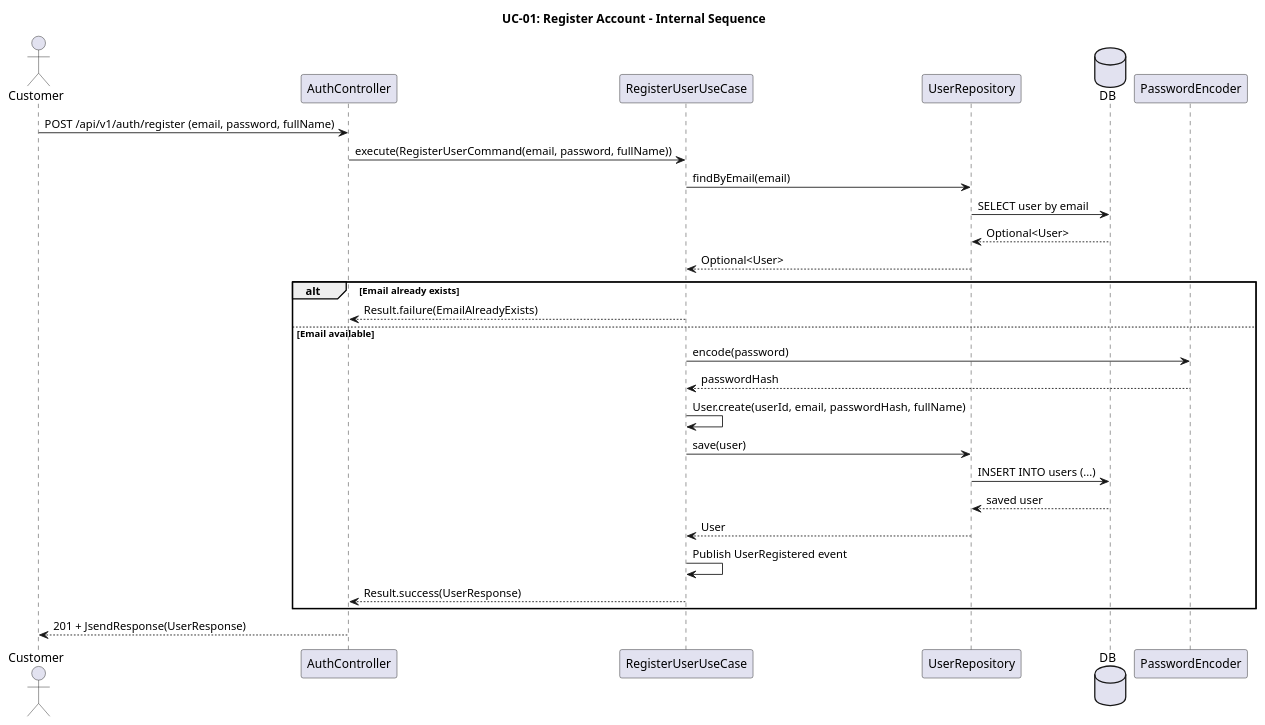
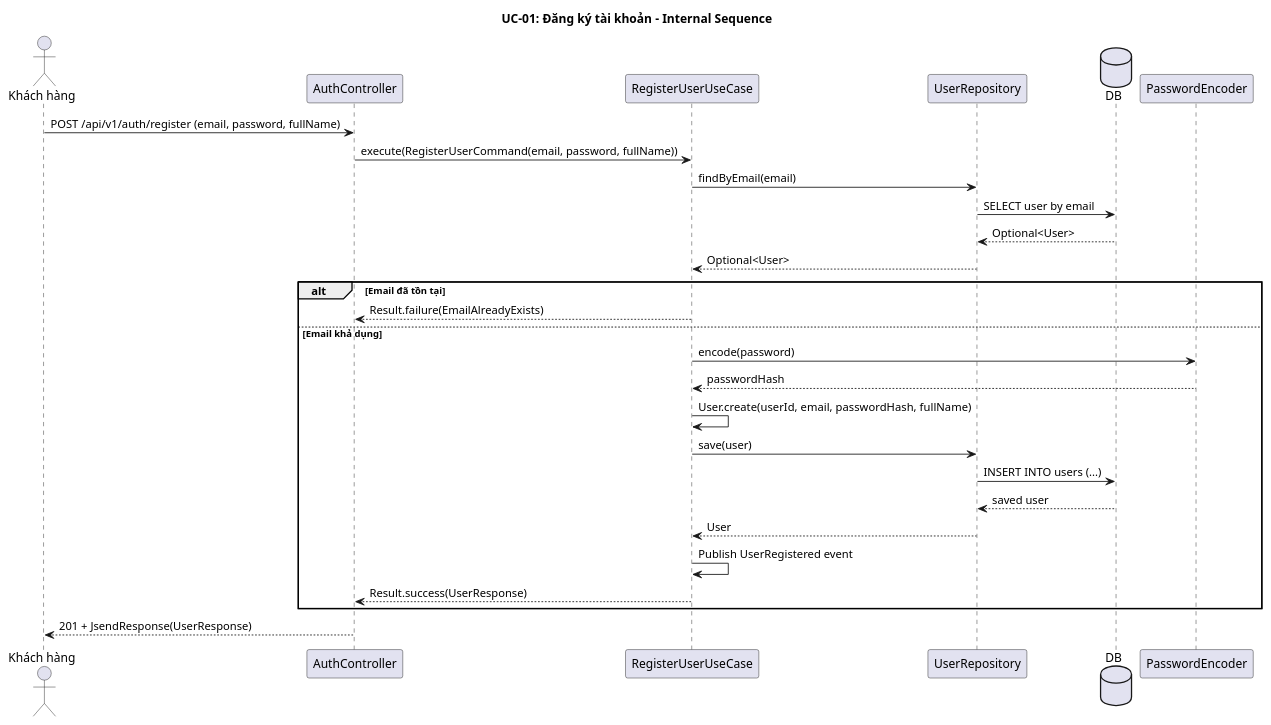
The sixth of 7 diagrams in docs/usecases/UC-01-dang-ky-tai-khoan.md (Phunguy65/train-ticket-booking-system-plus), drawn with PlantUML before and after one commit. The commit also changed other lines of this file and 14 other files, not shown here.

````diff
--- a/docs/usecases/UC-01-dang-ky-tai-khoan.md
+++ b/docs/usecases/UC-01-dang-ky-tai-khoan.md
@@ -180,35 +215,35 @@
 ```plantuml
 @startuml UC-01-internal
-title UC-01: Register Account - Internal Sequence
+title UC-01: Đăng ký tài khoản - Internal Sequence
 
-actor "Customer" as Actor
+actor "Khách hàng" as Actor
 participant "AuthController" as CTL
 participant "RegisterUserUseCase" as UC
 participant "UserRepository" as REPO
 database "DB" as DB
 participant "PasswordEncoder" as PORT
 
 Actor -> CTL: POST /api/v1/auth/register (email, password, fullName)
 CTL -> UC: execute(RegisterUserCommand(email, password, fullName))
 UC -> REPO: findByEmail(email)
 REPO -> DB: SELECT user by email
 DB --> REPO: Optional<User>
 REPO --> UC: Optional<User>
 
-alt Email already exists
+alt Email đã tồn tại
     UC --> CTL: Result.failure(EmailAlreadyExists)
-else Email available
+else Email khả dụng
     UC -> PORT: encode(password)
     PORT --> UC: passwordHash
     UC -> UC: User.create(userId, email, passwordHash, fullName)
     UC -> REPO: save(user)
     REPO -> DB: INSERT INTO users (...)
     DB --> REPO: saved user
     REPO --> UC: User
     UC -> UC: Publish UserRegistered event
     UC --> CTL: Result.success(UserResponse)
 end
 
 CTL --> Actor: 201 + JsendResponse(UserResponse)
 @enduml
 ```
````
